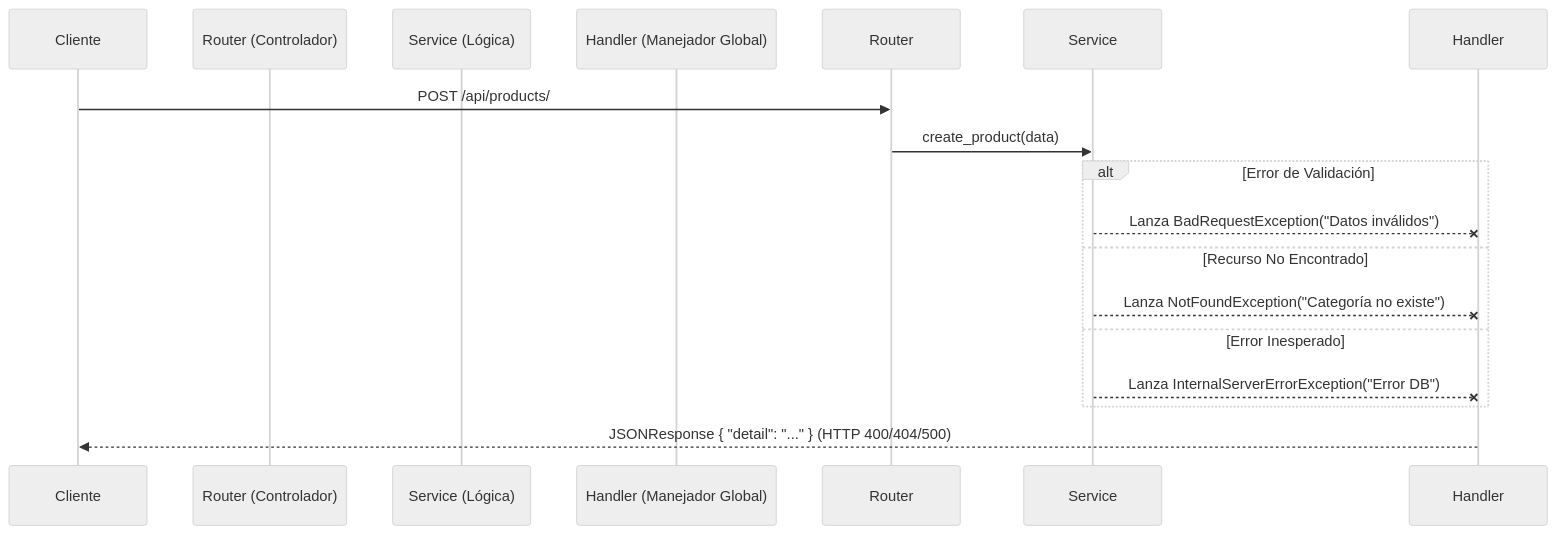
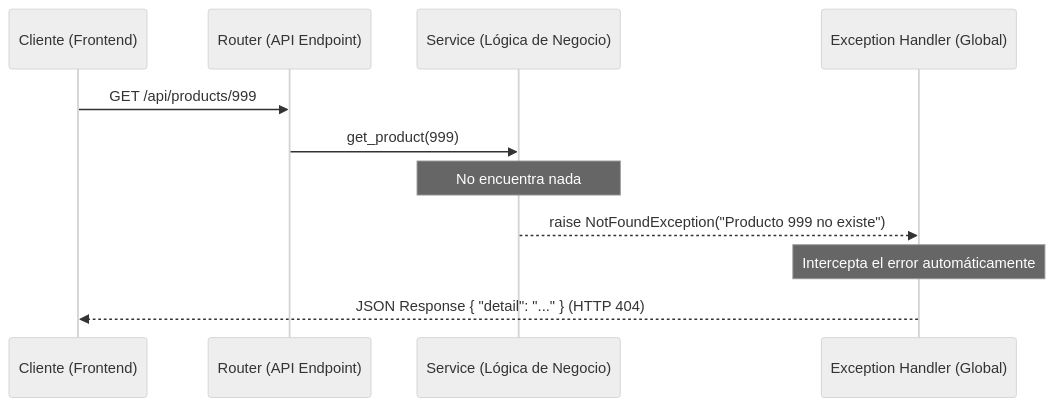
The diagram in docs/EXCEPTION_HANDLING_GUIDE.md (henrytaby/uyuni-backend-py), drawn with Mermaid (neutral theme) before and after one commit. The commit also changed other lines of this file, not shown here.

Commit message:
docs: exception update

````diff
--- a/docs/EXCEPTION_HANDLING_GUIDE.md
+++ b/docs/EXCEPTION_HANDLING_GUIDE.md
@@ -22,20 +40,16 @@
 ```mermaid
 sequenceDiagram
-    participant Cliente
-    participant Router (Controlador)
-    participant Service (Lógica)
-    participant Handler (Manejador Global)
+    participant C as Cliente (Frontend)
+    participant R as Router (API Endpoint)
+    participant S as Service (Lógica de Negocio)
+    participant H as Exception Handler (Global)
 
-    Cliente->>Router: POST /api/products/
-    Router->>Service: create_product(data)
+    C->>R: GET /api/products/999
+    R->>S: get_product(999)
     
-    alt Error de Validación
-        Service--xHandler: Lanza BadRequestException("Datos inválidos")
-    else Recurso No Encontrado
-        Service--xHandler: Lanza NotFoundException("Categoría no existe")
-    else Error Inesperado
-        Service--xHandler: Lanza InternalServerErrorException("Error DB")
-    end
-
-    Handler-->>Cliente: JSONResponse { "detail": "..." } (HTTP 400/404/500)
+    Note over S: No encuentra nada
+    S-->>H: raise NotFoundException("Producto 999 no existe")
+    
+    Note over H: Intercepta el error automáticamente
+    H-->>C: JSON Response { "detail": "..." } (HTTP 404)
 ```
````
